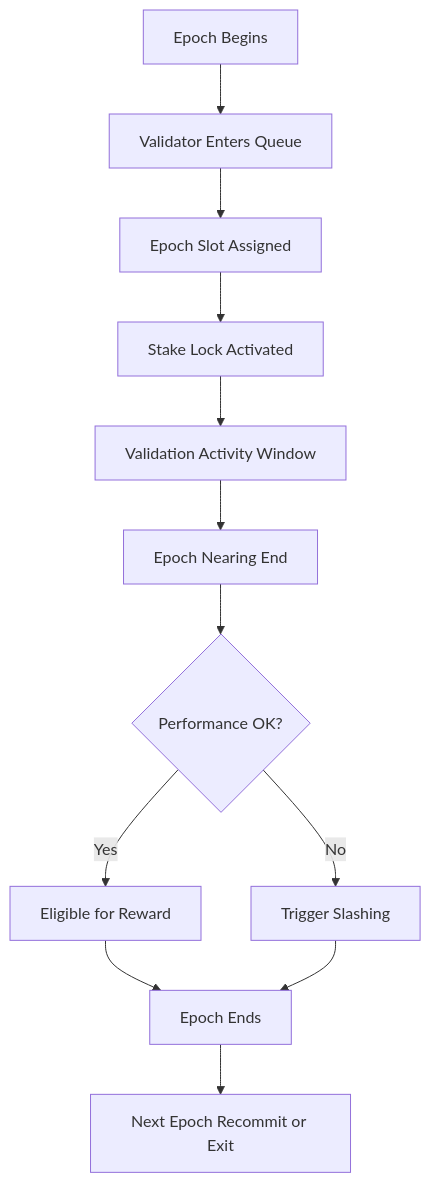
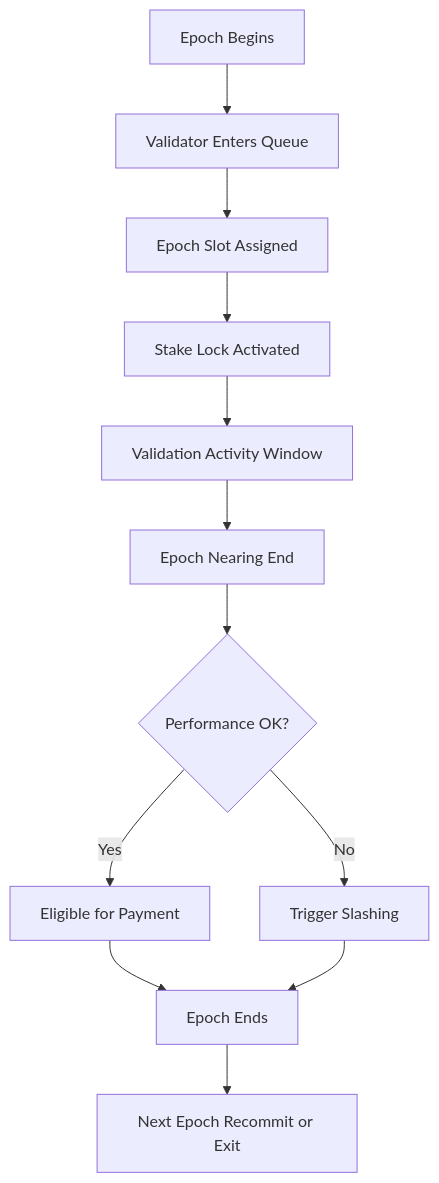
Before and after one commit to Aros-Technology-Studio/AST-Aros-Financial-Paradigm: the first of 2 diagrams in 11_validator_staking_and_payments/validator_epoch_commitments.md, drawn with Mermaid. The commit also changed other lines of this file and 10 other files, not shown here.

````diff
--- a/11_validator_staking_and_payments/validator_epoch_commitments.md
+++ b/11_validator_staking_and_payments/validator_epoch_commitments.md
@@ -33,15 +33,15 @@
 ```mermaid
 flowchart TD
     A[Epoch Begins] --> B[Validator Enters Queue]
     B --> C[Epoch Slot Assigned]
     C --> D[Stake Lock Activated]
     D --> E[Validation Activity Window]
     E --> F[Epoch Nearing End]
     F --> G{Performance OK?}
-    G -- Yes --> H[Eligible for Reward]
+    G -- Yes --> H[Eligible for Payment]
     G -- No --> I[Trigger Slashing]
     H --> J[Epoch Ends]
     I --> J
     J --> K[Next Epoch Recommit or Exit]
 
 ```
````
